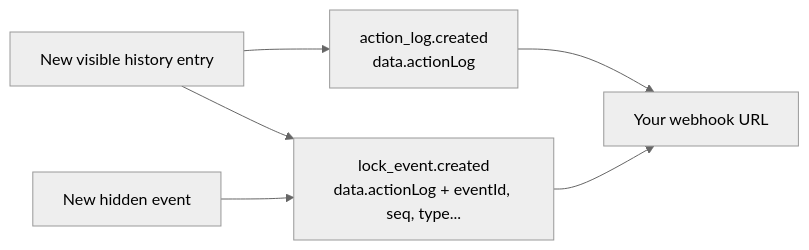
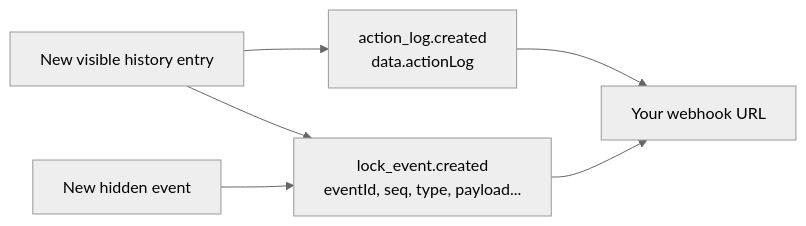
The diagram in docs/api/extensions-api/create-your-extension/webhooks.mdx (chasterapp/docs), drawn with Mermaid (neutral theme) before and after one commit. The commit also changed other lines of this file and 4 other files, not shown here.

Commit message:
apply: document lock_event.created without actionLog and changelog entry

````diff
--- a/docs/api/extensions-api/create-your-extension/webhooks.mdx
+++ b/docs/api/extensions-api/create-your-extension/webhooks.mdx
@@ -198,8 +198,8 @@
 ```mermaid
 flowchart LR
     H[New visible history entry] --> A["action_log.created<br/>data.actionLog"]
-    H --> B["lock_event.created<br/>data.actionLog + eventId, seq, type..."]
+    H --> B["lock_event.created<br/>eventId, seq, type, payload..."]
     X[New hidden event] --> B
     A --> Y[Your webhook URL]
     B --> Y
 ```
````
